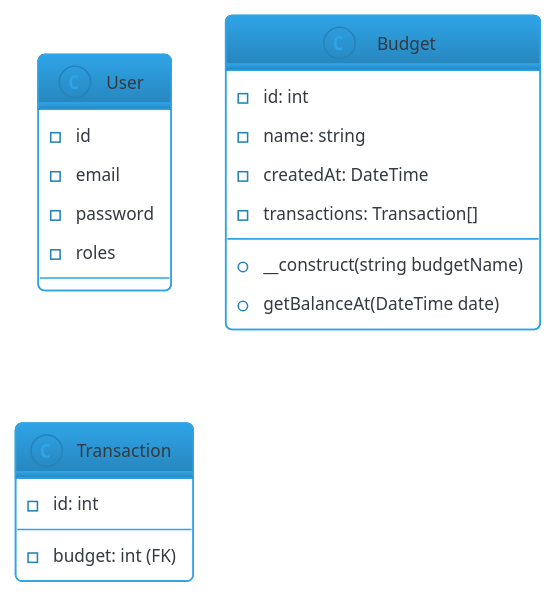
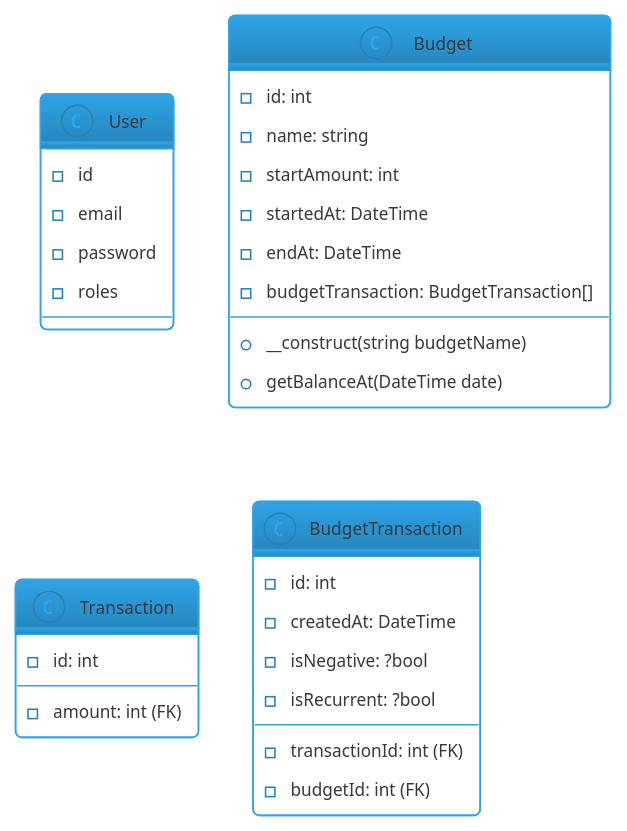
Before and after one commit to hello-devs/budget-manager-api: the diagram in docs/classes/general-classes-diagram.puml, drawn with PlantUML. The commit also changed 1 other file, not shown here.

```diff
--- a/docs/classes/general-classes-diagram.puml
+++ b/docs/classes/general-classes-diagram.puml
@@ -1,32 +1,44 @@
 @startuml
 'https://plantuml.com/class-diagram
 !theme cerulean-outline
 skinparam backgroundColor white
 '----------------------------------------------
 
 class User{
         -id
         -email
         -password
         -roles
 }
 
 class Budget {
 
     - id: int
     - name: string
-    - createdAt: DateTime
-    - transactions: Transaction[]
+    - startAmount: int
+    - startedAt: DateTime
+    - endAt: DateTime
+    - budgetTransaction: BudgetTransaction[]
 
     + __construct(string budgetName)
     + getBalanceAt(DateTime date)
 
 }
 
 class Transaction {
 
     - id: int
-    - budget: int (FK)
+    - amount: int (FK)
+}
+
+class BudgetTransaction {
+
+    - id: int
+    - createdAt: DateTime
+    - isNegative: ?bool
+    - isRecurrent: ?bool
+    - transactionId: int (FK)
+    - budgetId: int (FK)
 }
 
 @enduml
```
